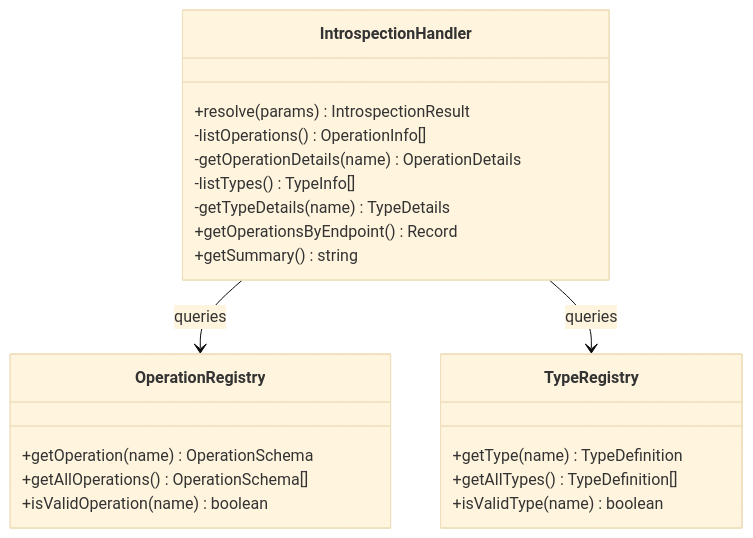
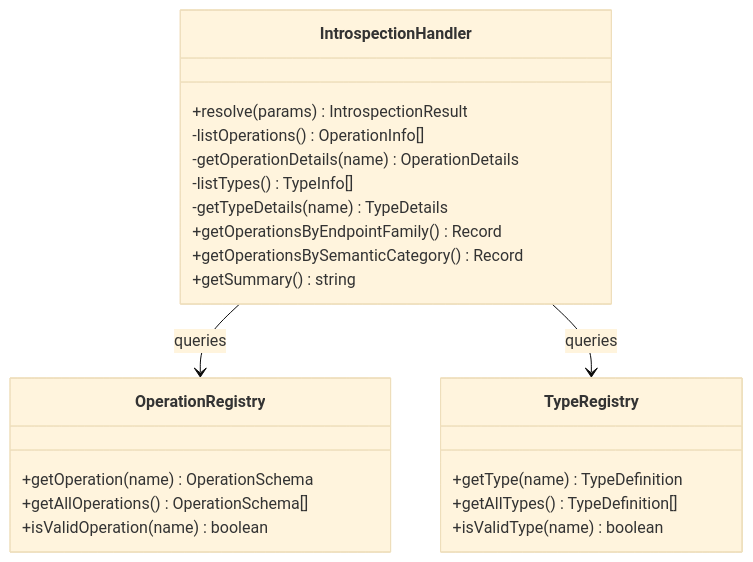
One commit to MCPAQL/spec changed the third of 3 diagrams in docs/introspection.md. Above: the diagram before and after it, drawn with Mermaid (base theme). The commit also changed other lines of this file and 12 other files, not shown here.

````diff
--- a/docs/introspection.md
+++ b/docs/introspection.md
@@ -692,27 +702,28 @@
 ```mermaid
 classDiagram
     class IntrospectionHandler {
         +resolve(params) IntrospectionResult
         -listOperations() OperationInfo[]
         -getOperationDetails(name) OperationDetails
         -listTypes() TypeInfo[]
         -getTypeDetails(name) TypeDetails
-        +getOperationsByEndpoint() Record
+        +getOperationsByEndpointFamily() Record
+        +getOperationsBySemanticCategory() Record
         +getSummary() string
     }
 
     class OperationRegistry {
         +getOperation(name) OperationSchema
         +getAllOperations() OperationSchema[]
         +isValidOperation(name) boolean
     }
 
     class TypeRegistry {
         +getType(name) TypeDefinition
         +getAllTypes() TypeDefinition[]
         +isValidType(name) boolean
     }
 
     IntrospectionHandler --> OperationRegistry : queries
     IntrospectionHandler --> TypeRegistry : queries
 ```
````
